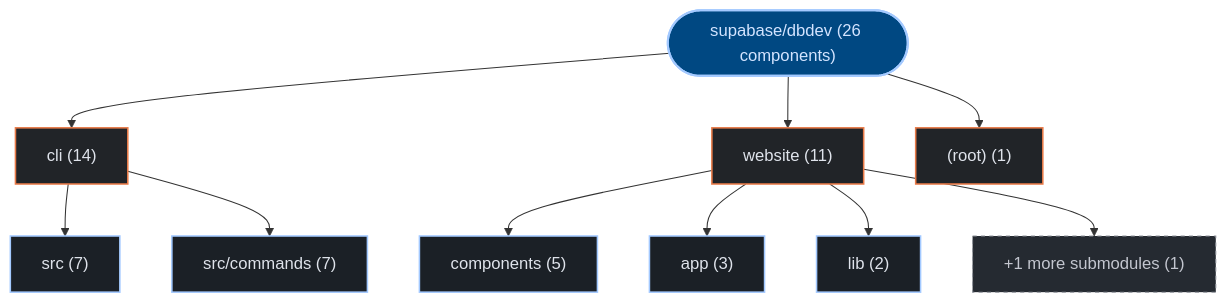
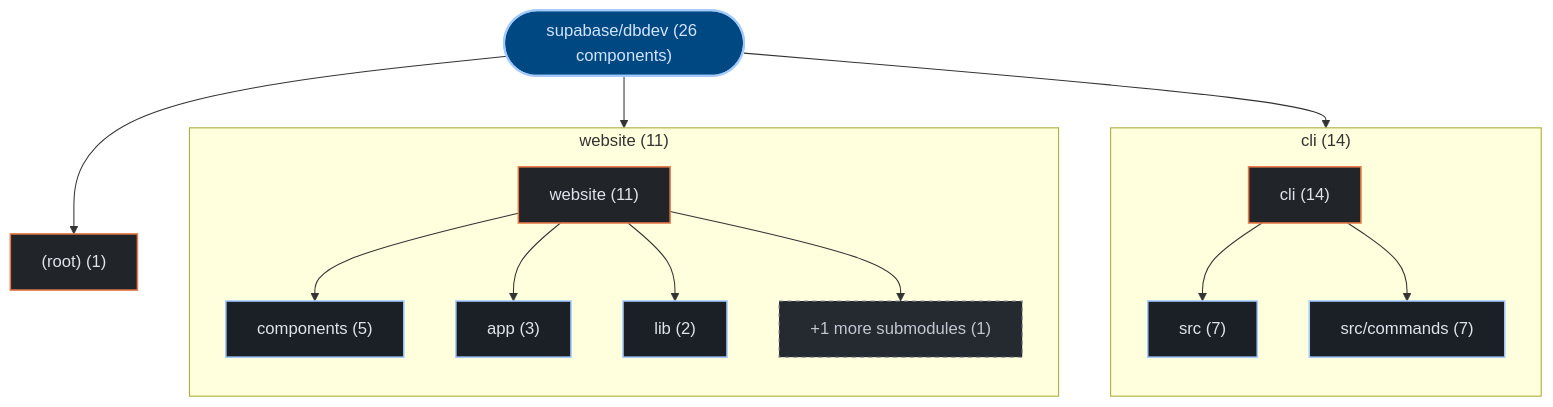
Before and after one commit to kumarshaz/atruss-code-atlas: the first of 3 diagrams in exports/latest/reports/supabase-dbdev-report.md, drawn with Mermaid. The commit also changed 178 other files, not shown here.

Commit message:
feat(ui,mermaid): upgrade to mermaid v12 + ELK layout, add orgs-summary + pagination, subgraph building blocks, fix tab alignment

````diff
--- a/exports/latest/reports/supabase-dbdev-report.md
+++ b/exports/latest/reports/supabase-dbdev-report.md
@@ -42,29 +42,35 @@
 ```mermaid
 graph TD;
   classDef atlasRoot fill:#004882,stroke:#a3c9ff,stroke-width:2px,color:#d3e4ff
   classDef atlasCategory fill:#212428,stroke:#E87A48,stroke-width:1.5px,color:#dfe3eb
   classDef atlasWorkflow fill:#1b2026,stroke:#a3c9ff,stroke-width:1.5px,color:#dfe3eb
   classDef atlasJob fill:#171c22,stroke:#8d9199,stroke-width:1px,color:#dfe3eb
   classDef atlasTarget fill:#005227,stroke:#8bd99b,stroke-width:1.5px,color:#a7f6b6
   classDef atlasAlert fill:#93000a,stroke:#ffb4ab,stroke-width:1.5px,color:#ffdad6
   classDef atlasMore fill:#252a31,stroke:#8d9199,stroke-dasharray:4 4,color:#c3c6cf
     repo_root(["supabase/dbdev (26 components)"]):::atlasRoot
-    dir_0_cli["cli (14)"]:::atlasCategory
+    subgraph sg_dir_0_cli["cli (14)"]
+      direction TB
+      dir_0_cli["cli (14)"]:::atlasCategory
+      sub_0_0_src["src (7)"]:::atlasWorkflow
+      dir_0_cli --> sub_0_0_src
+      sub_0_1_src_commands["src/commands (7)"]:::atlasWorkflow
+      dir_0_cli --> sub_0_1_src_commands
+    end
     repo_root --> dir_0_cli
-    sub_0_0_src["src (7)"]:::atlasWorkflow
-    dir_0_cli --> sub_0_0_src
-    sub_0_1_src_commands["src/commands (7)"]:::atlasWorkflow
-    dir_0_cli --> sub_0_1_src_commands
-    dir_1_website["website (11)"]:::atlasCategory
+    subgraph sg_dir_1_website["website (11)"]
+      direction TB
+      dir_1_website["website (11)"]:::atlasCategory
+      sub_1_0_components["components (5)"]:::atlasWorkflow
+      dir_1_website --> sub_1_0_components
+      sub_1_1_app["app (3)"]:::atlasWorkflow
+      dir_1_website --> sub_1_1_app
+      sub_1_2_lib["lib (2)"]:::atlasWorkflow
+      dir_1_website --> sub_1_2_lib
+      sub_1_more["+1 more submodules (1)"]:::atlasMore
+      dir_1_website --> sub_1_more
+    end
     repo_root --> dir_1_website
-    sub_1_0_components["components (5)"]:::atlasWorkflow
-    dir_1_website --> sub_1_0_components
-    sub_1_1_app["app (3)"]:::atlasWorkflow
-    dir_1_website --> sub_1_1_app
-    sub_1_2_lib["lib (2)"]:::atlasWorkflow
-    dir_1_website --> sub_1_2_lib
-    sub_1_more["+1 more submodules (1)"]:::atlasMore
-    dir_1_website --> sub_1_more
     dir_2__root_["(root) (1)"]:::atlasCategory
     repo_root --> dir_2__root_
 ```
````
